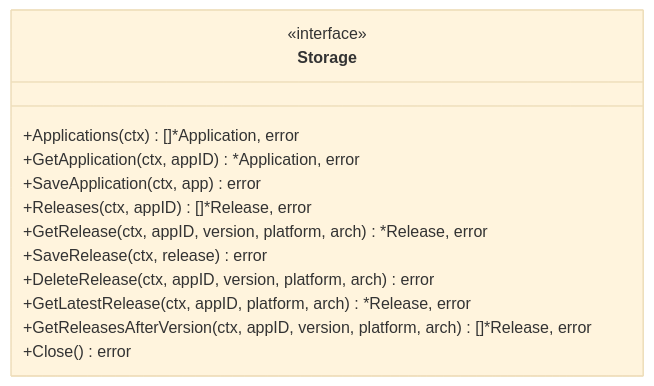
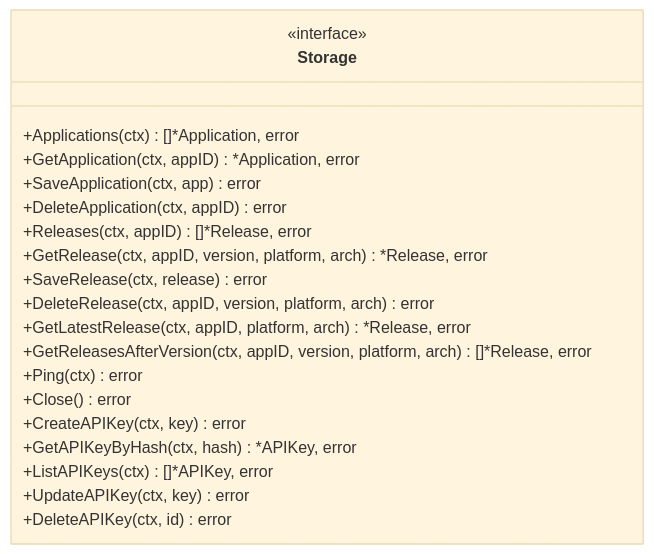
The second of 3 diagrams in docs/storage.md (griffinskudder/updater), drawn with Mermaid (base theme) before and after one commit. The commit also changed other lines of this file and 29 other files, not shown here.

````diff
--- a/docs/storage.md
+++ b/docs/storage.md
@@ -37,16 +37,23 @@
 ```mermaid
 classDiagram
     class Storage {
         <<interface>>
         +Applications(ctx) []*Application, error
         +GetApplication(ctx, appID) *Application, error
         +SaveApplication(ctx, app) error
+        +DeleteApplication(ctx, appID) error
         +Releases(ctx, appID) []*Release, error
         +GetRelease(ctx, appID, version, platform, arch) *Release, error
         +SaveRelease(ctx, release) error
         +DeleteRelease(ctx, appID, version, platform, arch) error
         +GetLatestRelease(ctx, appID, platform, arch) *Release, error
         +GetReleasesAfterVersion(ctx, appID, version, platform, arch) []*Release, error
+        +Ping(ctx) error
         +Close() error
+        +CreateAPIKey(ctx, key) error
+        +GetAPIKeyByHash(ctx, hash) *APIKey, error
+        +ListAPIKeys(ctx) []*APIKey, error
+        +UpdateAPIKey(ctx, key) error
+        +DeleteAPIKey(ctx, id) error
     }
 ```
````
